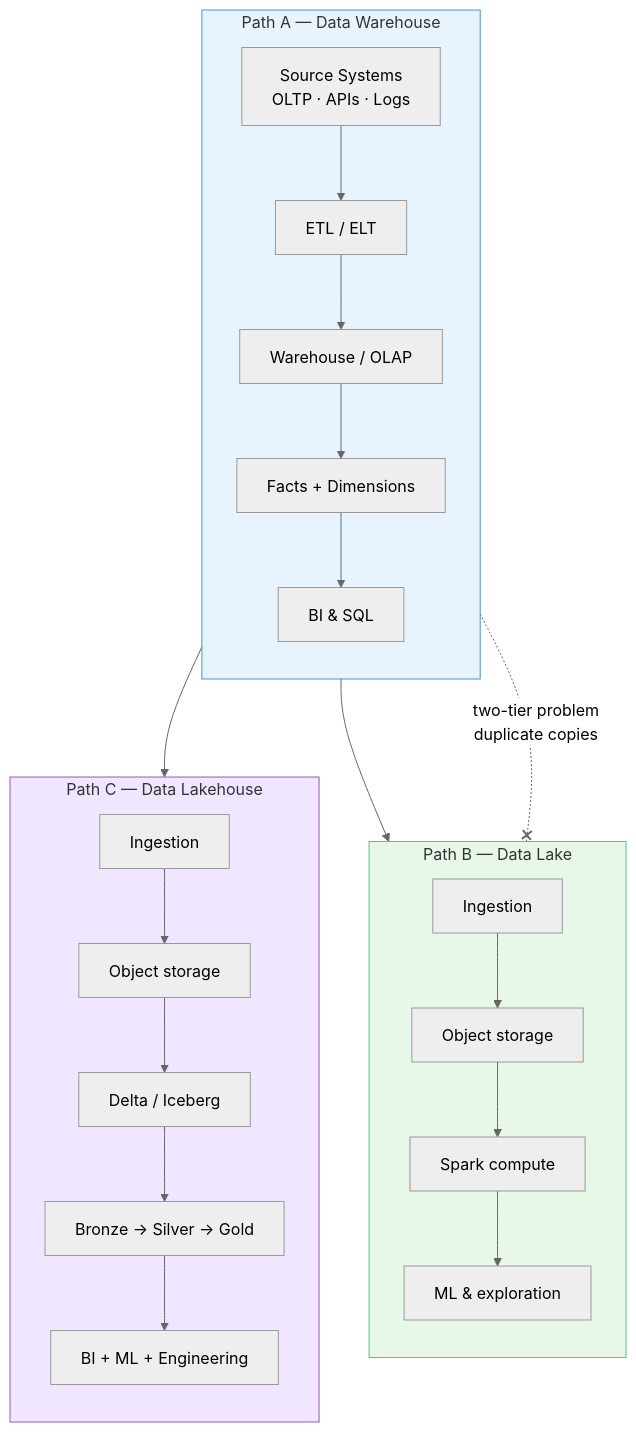
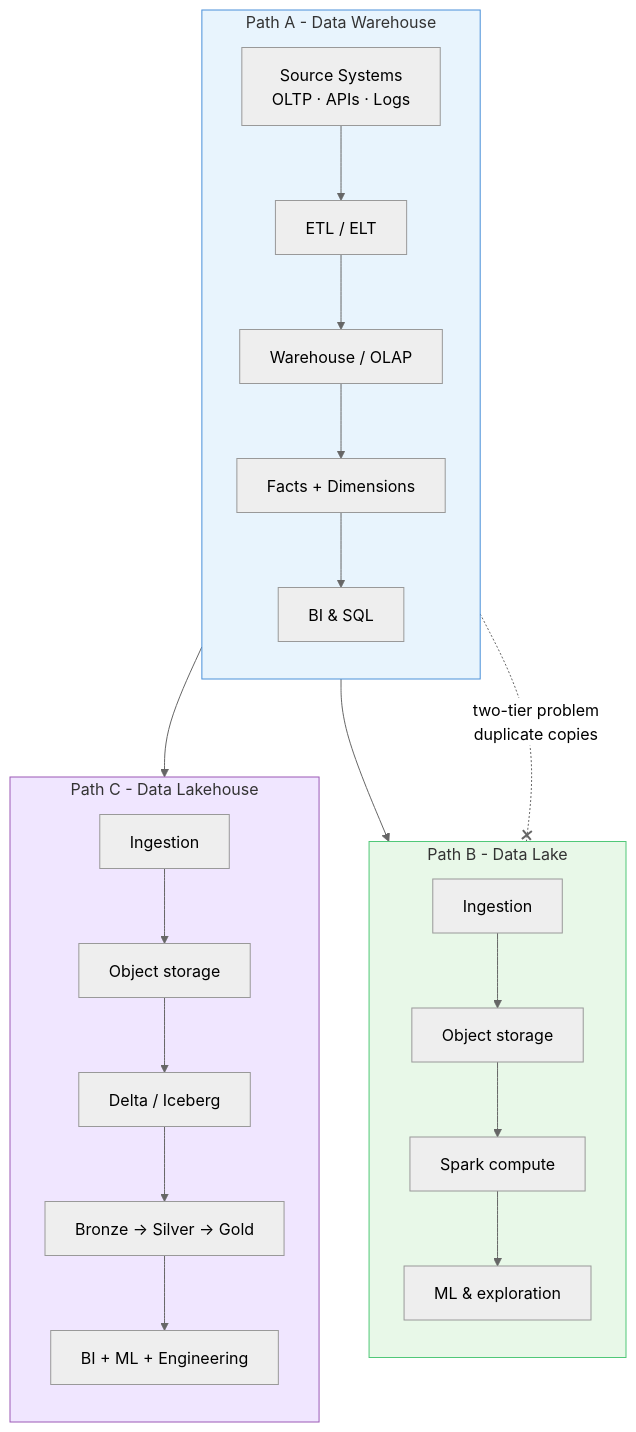
Before and after one commit to adnanrahin/adnanrahin.github.io: the sixth of 7 diagrams in data-architecture/architecture-map.md, drawn with Mermaid (neutral theme). The commit also changed other lines of this file and 14 other files, not shown here.

Commit message:
updated the flowchart

````diff
--- a/data-architecture/architecture-map.md
+++ b/data-architecture/architecture-map.md
@@ -307,38 +307,38 @@
 ```mermaid
 flowchart TB
     SRC["Source Systems<br/>OLTP · APIs · Logs"]
 
-    subgraph PATH1["Path A — Data Warehouse"]
+    subgraph PATH1["Path A - Data Warehouse"]
         direction TB
         ETL_W["ETL / ELT"]
         WH_W["Warehouse / OLAP"]
         FD["Facts + Dimensions"]
         BI_W["BI & SQL"]
         SRC --> ETL_W --> WH_W --> FD --> BI_W
     end
 
-    subgraph PATH2["Path B — Data Lake"]
+    subgraph PATH2["Path B - Data Lake"]
         direction TB
         ING_L["Ingestion"]
         S3_L["Object storage"]
         SPARK_L["Spark compute"]
         ML_L["ML & exploration"]
         SRC --> ING_L --> S3_L --> SPARK_L --> ML_L
     end
 
-    subgraph PATH3["Path C — Data Lakehouse"]
+    subgraph PATH3["Path C - Data Lakehouse"]
         direction TB
         ING_H["Ingestion"]
         OBJ_H["Object storage"]
         DELTA_H["Delta / Iceberg"]
         MED_H["Bronze → Silver → Gold"]
         ALL_H["BI + ML + Engineering"]
         SRC --> ING_H --> OBJ_H --> DELTA_H --> MED_H --> ALL_H
     end
 
     PATH1 -.-x|"two-tier problem<br/>duplicate copies"| PATH2
 
     style PATH1 fill:#E8F4FD,stroke:#4A90D9
     style PATH2 fill:#E8F8E8,stroke:#50C878
     style PATH3 fill:#F0E6FF,stroke:#9B59B6
 ```
````
